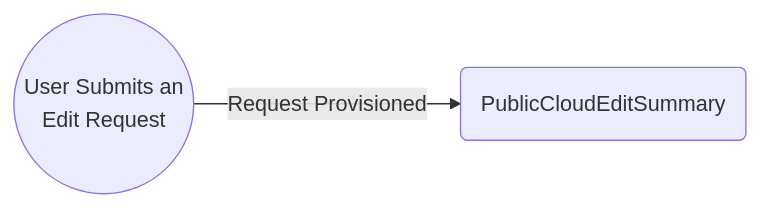
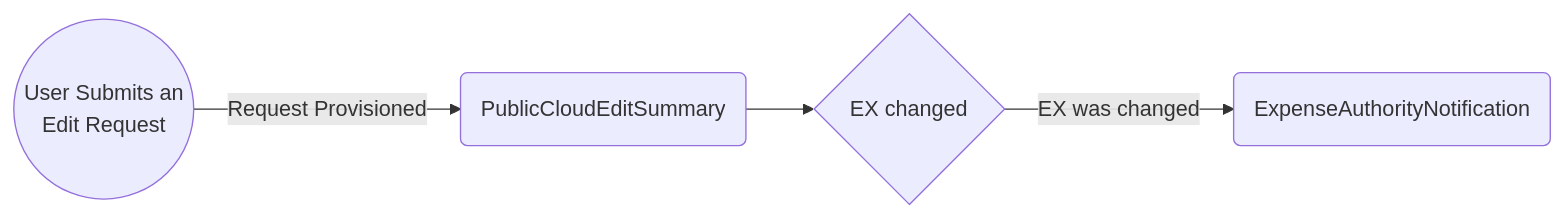
One commit to bcgov/platform-services-registry changed the second of 3 diagrams in docs/email-scenarios-public-cloud.md. Above: the diagram before and after it, drawn with Mermaid. The commit also changed other lines of this file and 6 other files, not shown here.

````diff
--- a/docs/email-scenarios-public-cloud.md
+++ b/docs/email-scenarios-public-cloud.md
@@ -54,5 +61,6 @@
 ```mermaid
-flowchart LR
-    A((User Submits an <br> Edit Request)) --> |Request Provisioned|B(Edit Request Received sent to PO/TLs)
-   B(PublicCloudEditSummary)
+   flowchart LR
+     A((User Submits an <br> Edit Request)) --> |Request Provisioned|B(Edit Request Received sent to PO/TLs)
+   B(PublicCloudEditSummary) --> C{EX changed}
+    C -->|EX was changed| D(ExpenseAuthorityNotification)
 ```
````
